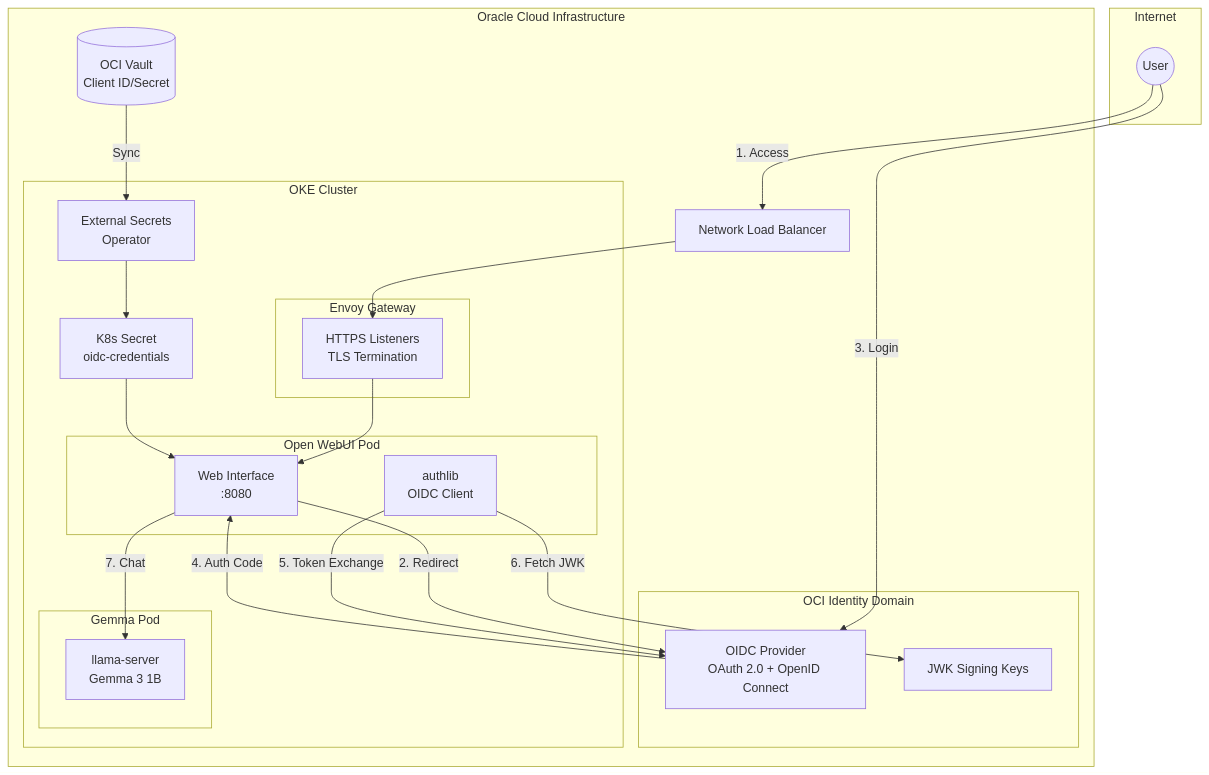
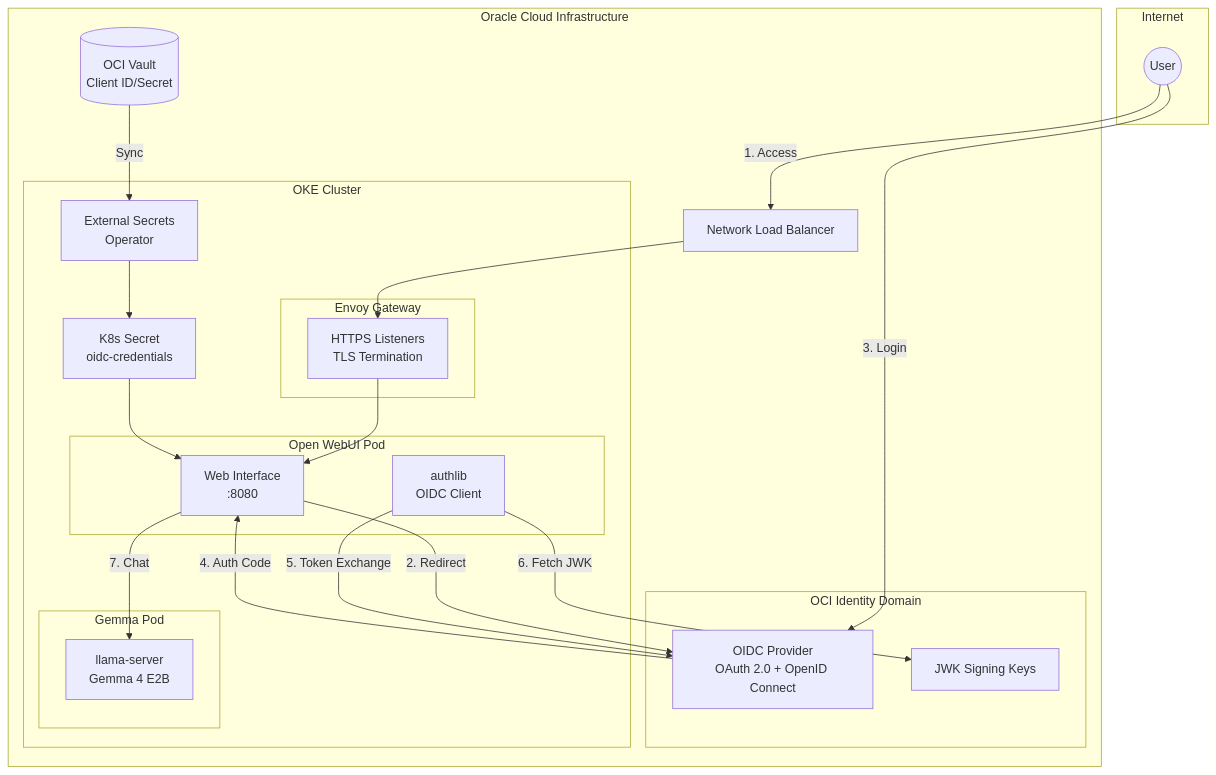
One commit to nsudhanva/k8s-oracle changed the first of 5 diagrams in docs/src/content/docs/architecture/open-webui.mdx. Above: the diagram before and after it, drawn with Mermaid. The commit also changed other lines of this file and 10 other files, not shown here.

````diff
--- a/docs/src/content/docs/architecture/open-webui.mdx
+++ b/docs/src/content/docs/architecture/open-webui.mdx
@@ -24,48 +24,48 @@
 ```mermaid
 flowchart TB
     subgraph Internet
         User((User))
     end
 
     subgraph OCI["Oracle Cloud Infrastructure"]
         subgraph Identity["OCI Identity Domain"]
             OIDC[OIDC Provider<br/>OAuth 2.0 + OpenID Connect]
             JWK[JWK Signing Keys]
         end
 
         LB[Network Load Balancer]
 
         subgraph OKE["OKE Cluster"]
             subgraph Gateway["Envoy Gateway"]
                 EG[HTTPS Listeners<br/>TLS Termination]
             end
 
             subgraph OpenWebUI["Open WebUI Pod"]
                 UI[Web Interface<br/>:8080]
                 OAuth[authlib<br/>OIDC Client]
             end
 
             subgraph GemmaPod["Gemma Pod"]
-                LLM[llama-server<br/>Gemma 3 1B]
+                LLM[llama-server<br/>Gemma 4 E2B]
             end
 
             ESO[External Secrets<br/>Operator]
             Secret[K8s Secret<br/>oidc-credentials]
         end
 
         Vault[(OCI Vault<br/>Client ID/Secret)]
     end
 
     User -->|1. Access| LB
     LB --> EG
     EG --> UI
     UI -->|2. Redirect| OIDC
     User -->|3. Login| OIDC
     OIDC -->|4. Auth Code| UI
     OAuth -->|5. Token Exchange| OIDC
     OAuth -->|6. Fetch JWK| JWK
     UI -->|7. Chat| LLM
     Vault -->|Sync| ESO
     ESO --> Secret
     Secret --> UI
 ```
````
